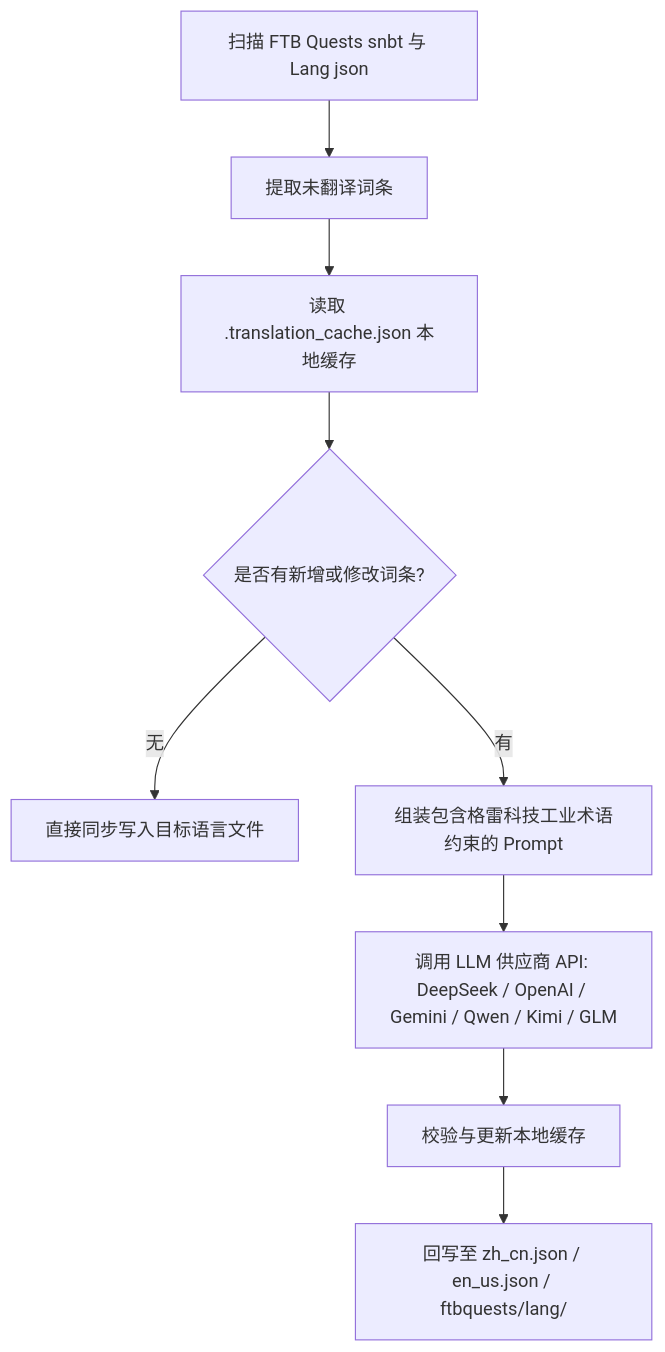
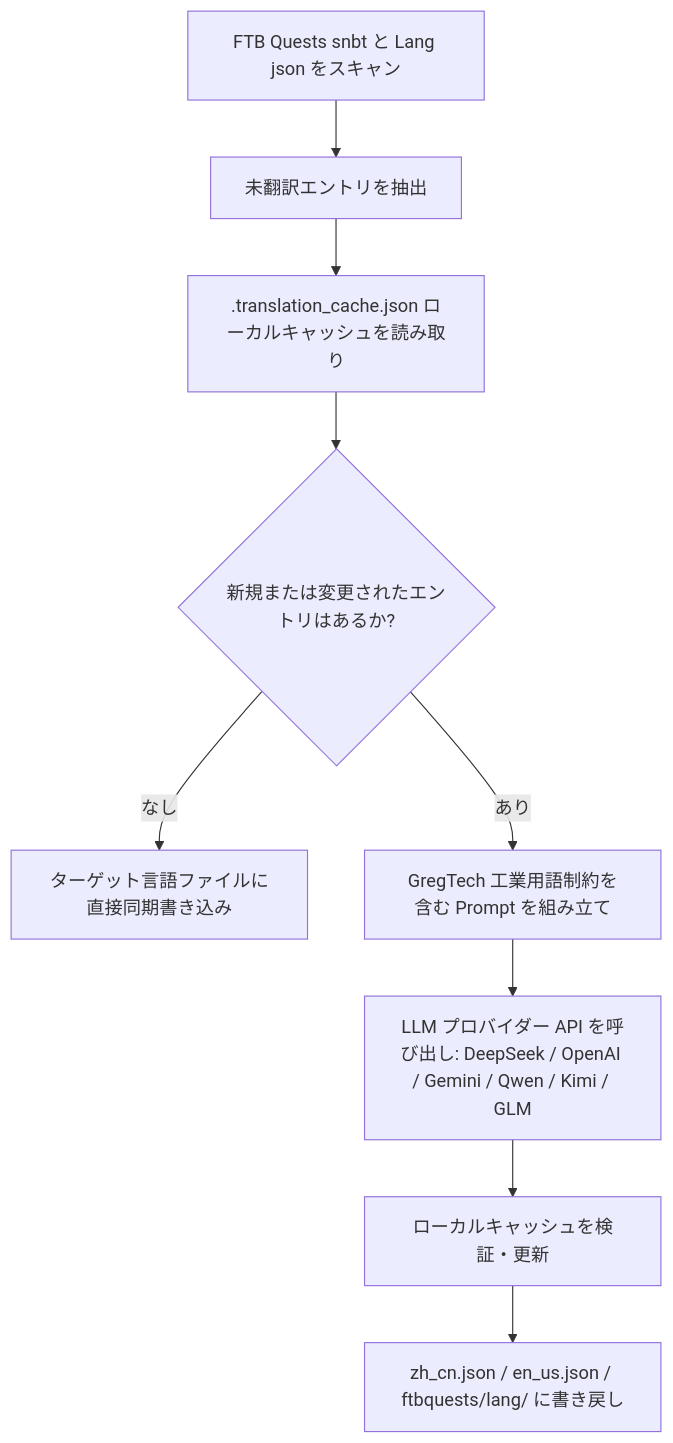
One commit to takanashisatou/GregtechEasy-Docs changed the diagram in docs/ja/ci-cd-and-translation/ai-translation.md. Above: the diagram before and after it, drawn with Mermaid. The commit also changed other lines of this file and 8 other files, not shown here.

````diff
--- a/docs/ja/ci-cd-and-translation/ai-translation.md
+++ b/docs/ja/ci-cd-and-translation/ai-translation.md
@@ -13,11 +13,11 @@
 ```mermaid
 graph TD
-    A[扫描 FTB Quests snbt 与 Lang json] --> B[提取未翻译词条]
-    B --> C[读取 .translation_cache.json 本地缓存]
-    C --> D{是否有新增或修改词条?}
-    D -- 无 --> E[直接同步写入目标语言文件]
-    D -- 有 --> F[组装包含格雷科技工业术语约束的 Prompt]
-    F --> G[调用 LLM 供应商 API: DeepSeek / OpenAI / Gemini / Qwen / Kimi / GLM]
-    G --> H[校验与更新本地缓存]
-    H --> I[回写至 zh_cn.json / en_us.json / ftbquests/lang/]
+    A[FTB Quests snbt と Lang json をスキャン] --> B[未翻訳エントリを抽出]
+    B --> C[.translation_cache.json ローカルキャッシュを読み取り]
+    C --> D{新規または変更されたエントリはあるか?}
+    D -- なし --> E[ターゲット言語ファイルに直接同期書き込み]
+    D -- あり --> F[GregTech 工業用語制約を含む Prompt を組み立て]
+    F --> G[LLM プロバイダー API を呼び出し: DeepSeek / OpenAI / Gemini / Qwen / Kimi / GLM]
+    G --> H[ローカルキャッシュを検証・更新]
+    H --> I[zh_cn.json / en_us.json / ftbquests/lang/ に書き戻し]
 ```
````
